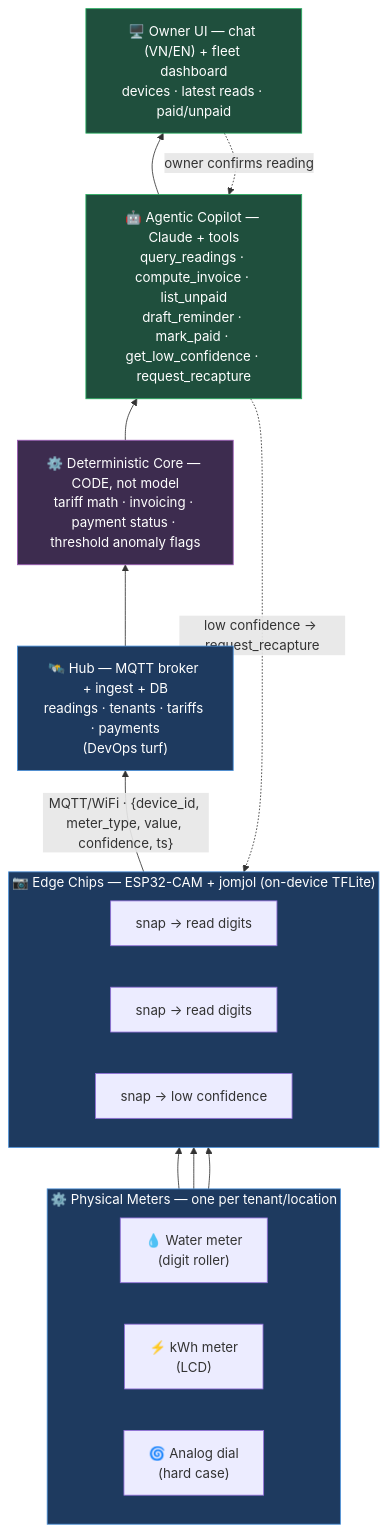
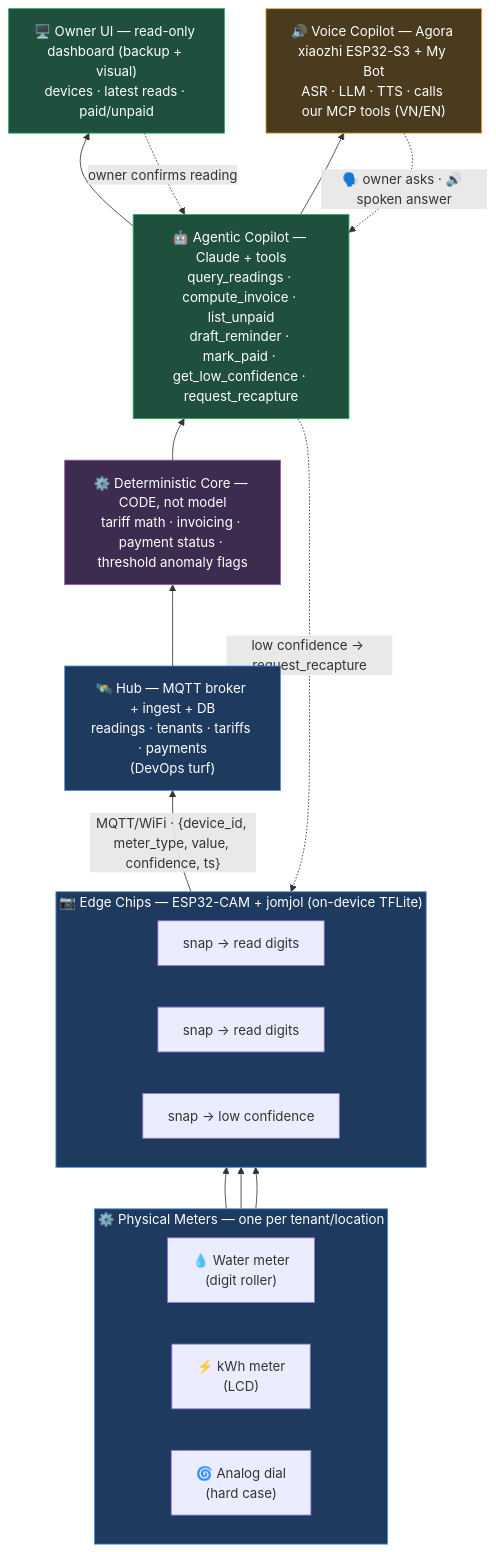
One commit to khoaguin/meter-mind changed the first of 2 diagrams in docs/idea.md. Above: the diagram before and after it, drawn with Mermaid. The commit also changed other lines of this file and 3 other files, not shown here.

````diff
--- a/docs/idea.md
+++ b/docs/idea.md
@@ -42,50 +42,55 @@
 ```mermaid
 flowchart BT
     %% ---------- Layer 0: physical meters (bottom) ----------
     subgraph METERS["⚙️ Physical Meters — one per tenant/location"]
         direction LR
         MW["💧 Water meter\n(digit roller)"]
         ME["⚡ kWh meter\n(LCD)"]
         MA["🌀 Analog dial\n(hard case)"]
     end
 
     %% ---------- Layer 1: edge chips sitting on top of meters ----------
     subgraph CHIPS["📷 Edge Chips — ESP32-CAM + jomjol (on-device TFLite)"]
         direction LR
         CW["snap → read digits"]
         CE["snap → read digits"]
         CA["snap → low confidence"]
     end
 
     MW --> CW
     ME --> CE
     MA --> CA
 
     %% ---------- Layer 2: hub ----------
     HUB["🛰️ Hub — MQTT broker + ingest + DB\nreadings · tenants · tariffs · payments\n(DevOps turf)"]
 
     CHIPS -->|"MQTT/WiFi · {device_id, meter_type, value, confidence, ts}"| HUB
 
     %% ---------- Layer 3: deterministic core ----------
     CORE["⚙️ Deterministic Core — CODE, not model\ntariff math · invoicing · payment status · threshold anomaly flags"]
     HUB --> CORE
 
     %% ---------- Layer 4: agentic copilot ----------
     AGENT["🤖 Agentic Copilot — Claude + tools\nquery_readings · compute_invoice · list_unpaid\ndraft_reminder · mark_paid · get_low_confidence · request_recapture"]
     CORE --> AGENT
 
-    %% ---------- Layer 5: owner UI (top) ----------
-    UI["🖥️ Owner UI — chat (VN/EN) + fleet dashboard\ndevices · latest reads · paid/unpaid"]
+    %% ---------- Layer 5: owner-facing channels (top) ----------
+    UI["🖥️ Owner UI — read-only dashboard (backup + visual)\ndevices · latest reads · paid/unpaid"]
+    VOICE["🔊 Voice Copilot — Agora xiaozhi ESP32-S3 + My Bot\nASR · LLM · TTS · calls our MCP tools (VN/EN)"]
     AGENT --> UI
+    AGENT --> VOICE
 
-    %% ---------- feedback loop: recapture request flows back down ----------
+    %% ---------- feedback loops ----------
     AGENT -. "low confidence → request_recapture" .-> CHIPS
     UI -. "owner confirms reading" .-> AGENT
+    VOICE -. "🗣️ owner asks · 🔊 spoken answer" .-> AGENT
 
     classDef phys fill:#1e3a5f,stroke:#4a90d9,color:#fff
     classDef det fill:#3d2c4f,stroke:#9b59b6,color:#fff
     classDef ai fill:#1f4f3d,stroke:#27ae60,color:#fff
+    classDef voice fill:#4a3a1e,stroke:#e8b339,color:#fff
     class METERS,CHIPS,HUB phys
     class CORE det
     class AGENT,UI ai
+    class VOICE voice
 ```
````
